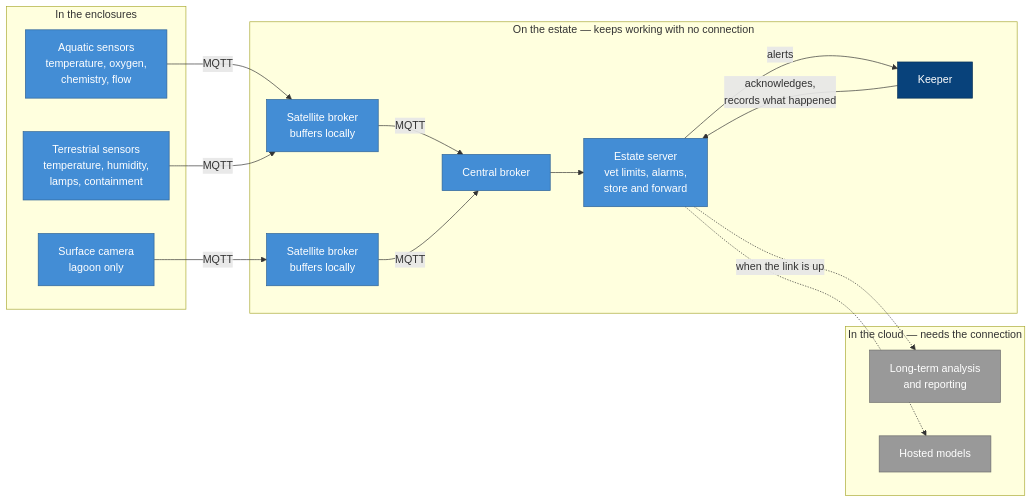
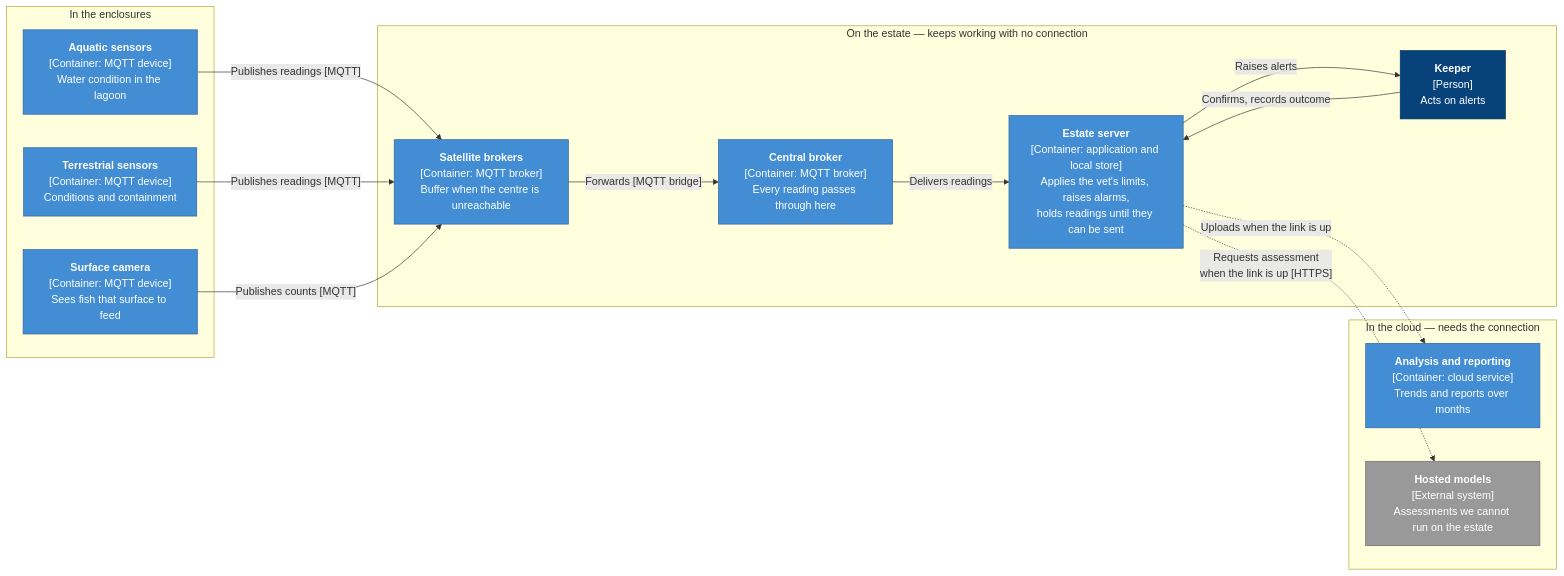
Before and after one commit to Humanberto/architectural-katas-2026: the diagram in docs/diagrams/edge-and-animals.md, drawn with Mermaid. The commit also changed other lines of this file, not shown here.

Commit message:
docs: modified edge and animals diagram for C4 model

````diff
--- a/docs/diagrams/edge-and-animals.md
+++ b/docs/diagrams/edge-and-animals.md
@@ -11,44 +11,42 @@
 ```mermaid
 flowchart LR
 
   subgraph field["In the enclosures"]
-    aq["Aquatic sensors<br/>temperature, oxygen,<br/>chemistry, flow"]
-    terr["Terrestrial sensors<br/>temperature, humidity,<br/>lamps, containment"]
-    cam["Surface camera<br/>lagoon only"]
+    aq["<b>Aquatic sensors</b><br/>[Container: MQTT device]<br/>Water condition in the lagoon"]
+    terr["<b>Terrestrial sensors</b><br/>[Container: MQTT device]<br/>Conditions and containment"]
+    cam["<b>Surface camera</b><br/>[Container: MQTT device]<br/>Sees fish that surface to feed"]
   end
 
   subgraph estate["On the estate — keeps working with no connection"]
-    sat1["Satellite broker<br/>buffers locally"]
-    sat2["Satellite broker<br/>buffers locally"]
-    central["Central broker"]
-    server["Estate server<br/>vet limits, alarms,<br/>store and forward"]
-    keeper["Keeper"]
+    sat["<b>Satellite brokers</b><br/>[Container: MQTT broker]<br/>Buffer when the centre is unreachable"]
+    central["<b>Central broker</b><br/>[Container: MQTT broker]<br/>Every reading passes through here"]
+    server["<b>Estate server</b><br/>[Container: application and local store]<br/>Applies the vet's limits, raises alarms,<br/>holds readings until they can be sent"]
+    keeper["<b>Keeper</b><br/>[Person]<br/>Acts on alerts"]
   end
 
   subgraph cloud["In the cloud — needs the connection"]
-    analytics["Long-term analysis<br/>and reporting"]
-    hosted["Hosted models"]
+    analytics["<b>Analysis and reporting</b><br/>[Container: cloud service]<br/>Trends and reports over months"]
+    hosted["<b>Hosted models</b><br/>[External system]<br/>Assessments we cannot run on the estate"]
   end
 
-  aq -->|MQTT| sat1
-  terr -->|MQTT| sat1
-  cam -->|MQTT| sat2
+  aq -->|"Publishes readings [MQTT]"| sat
+  terr -->|"Publishes readings [MQTT]"| sat
+  cam -->|"Publishes counts [MQTT]"| sat
 
-  sat1 -->|MQTT| central
-  sat2 -->|MQTT| central
-  central --> server
+  sat -->|"Forwards [MQTT bridge]"| central
+  central -->|"Delivers readings"| server
 
-  server -->|"alerts"| keeper
-  keeper -->|"acknowledges,<br/>records what happened"| server
+  server -->|"Raises alerts"| keeper
+  keeper -->|"Confirms, records outcome"| server
 
-  server -.->|"when the link is up"| analytics
-  server -.-> hosted
+  server -.->|"Uploads when the link is up"| analytics
+  server -.->|"Requests assessment<br/>when the link is up [HTTPS]"| hosted
 
   classDef person fill:#08427B,stroke:#052E56,color:#FFFFFF
   classDef container fill:#438DD5,stroke:#2E6295,color:#FFFFFF
   classDef external fill:#999999,stroke:#6B6B6B,color:#FFFFFF
 
   class keeper person
-  class aq,terr,cam,sat1,sat2,central,server container
-  class analytics,hosted external
+  class aq,terr,cam,sat,central,server,analytics container
+  class hosted external
 ```
````
